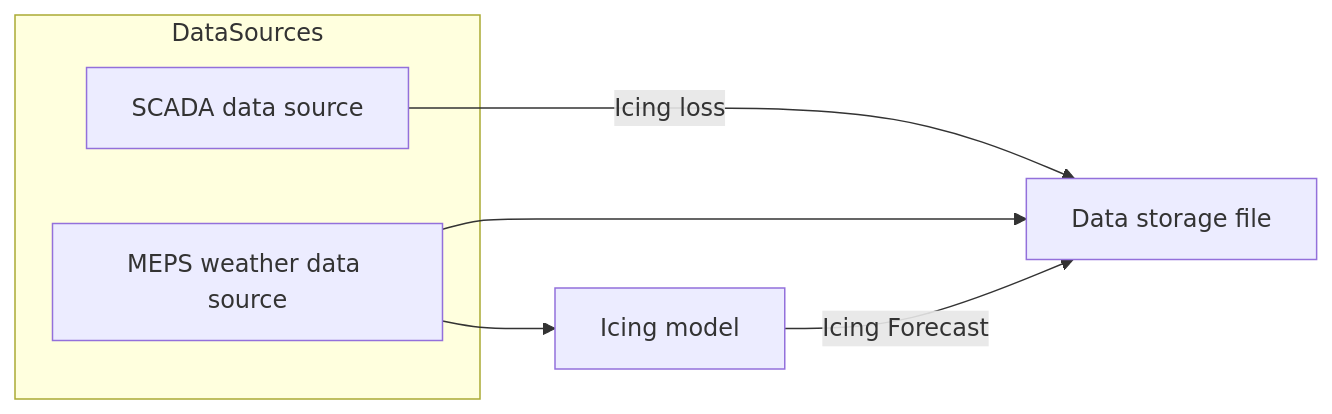
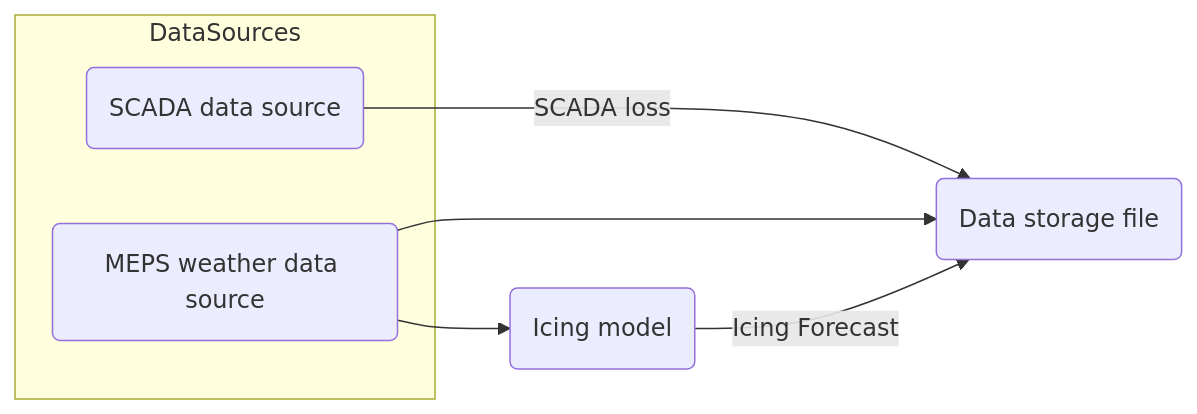
One commit to markusrupp/icing_flowshart changed the first of 2 diagrams in README.md. Above: the diagram before and after it, drawn with Mermaid. The commit also changed other lines of this file, not shown here.

````diff
--- a/README.md
+++ b/README.md
@@ -9,12 +9,12 @@
 ```mermaid
 flowchart LR
     subgraph DataSources
-        SCADA[SCADA data source]
-        MEPS[MEPS weather data source]
+        SCADA(SCADA data source)
+        MEPS(MEPS weather data source)
     end
 
-    SCADA -->|Icing loss| DSF[Data storage file]
+    SCADA -->|SCADA loss| DSF(Data storage file)
     MEPS --> DSF
-    MEPS --> IM[Icing model]
+    MEPS --> IM(Icing model)
     IM -->|Icing Forecast| DSF
 ```
````
